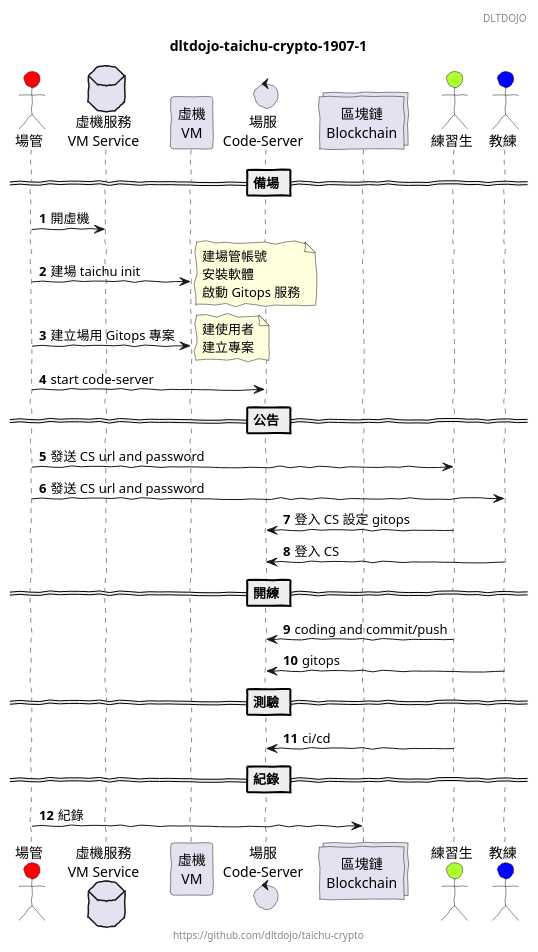
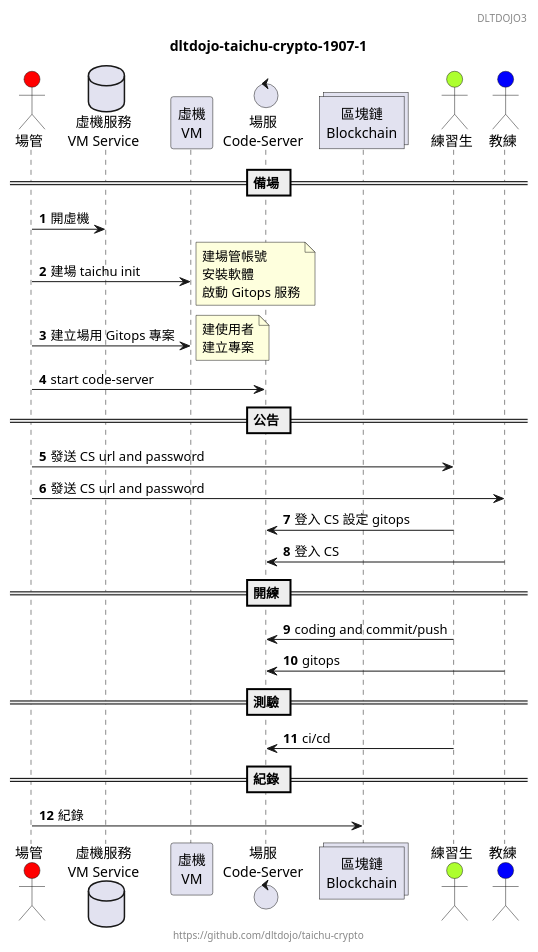
Before and after one commit to dltdojo/taichu-crypto: the diagram in mdbook/src/puml/dltdojo-taichu-crypto.puml, drawn with PlantUML. The commit also changed 18 other files, not shown here.

Commit message:
add dltdojo1-seq diagram to book

```diff
--- a/mdbook/src/puml/dltdojo-taichu-crypto.puml
+++ b/mdbook/src/puml/dltdojo-taichu-crypto.puml
@@ -1,40 +1,40 @@
 @startuml
-header DLTDOJO
+header DLTDOJO3
 footer https://github.com/dltdojo/taichu-crypto
 title dltdojo-taichu-crypto-1907-1
 autonumber
-skinparam handwritten true
+skinparam handwritten false
 actor "場管" as GUY #red
 database "虛機服務\nVM Service" as VMS
 participant "虛機\nVM"  as VM
 control "場服\nCode-Server"  as CS
 collections "區塊鏈\nBlockchain" as BC
 actor "練習生" as STUDENT #GreenYellow
 actor "教練" as COACH #Blue
 == 備場 ==
 GUY -> VMS : 開虛機
 GUY -> VM : 建場 taichu init
 note right
 建場管帳號
 安裝軟體
 啟動 Gitops 服務
 end note
 GUY -> VM : 建立場用 Gitops 專案
 note right
 建使用者
 建立專案
 end note
 GUY -> CS : start code-server
 == 公告 ==
 GUY -> STUDENT : 發送 CS url and password
 GUY -> COACH : 發送 CS url and password
 STUDENT -> CS : 登入 CS 設定 gitops 
 COACH -> CS : 登入 CS
 == 開練 ==
 STUDENT -> CS : coding and commit/push
 COACH -> CS : gitops
 == 測驗 ==
 STUDENT -> CS : ci/cd
 == 紀錄 ==
 GUY -> BC : 紀錄
 @enduml
```
